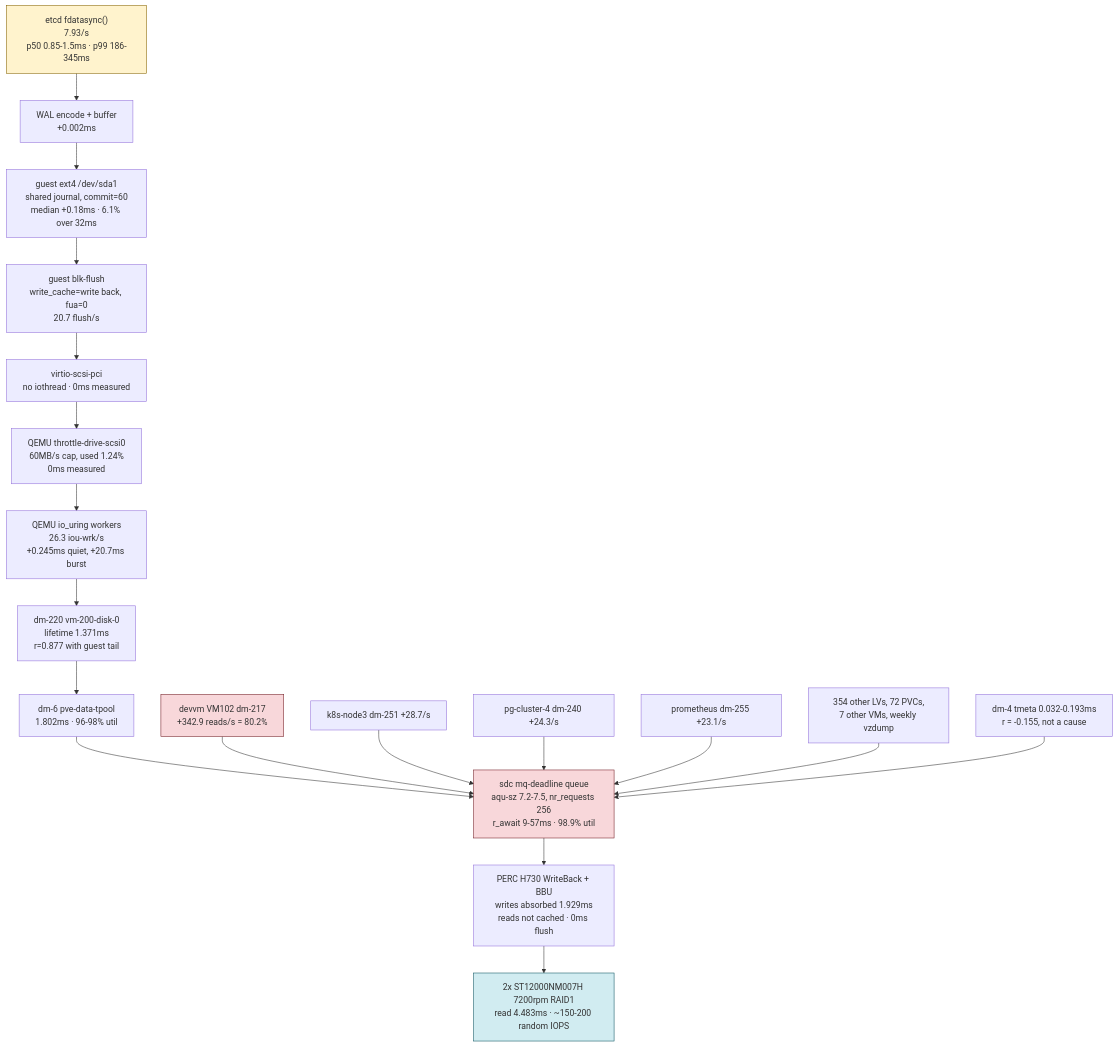
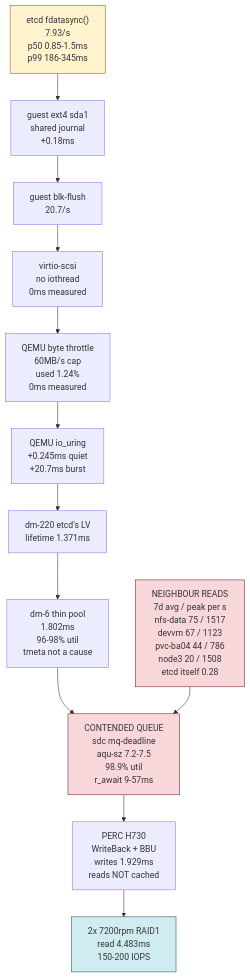
The diagram in docs/research/2026-09-06-etcd-fsync-root-cause.md (ViktorBarzin/infra), drawn with Mermaid before and after one commit. The commit also changed other lines of this file, not shown here.

First line of the commit message:
docs: tone pass on the etcd fsync research, and a diagram that fits a phone

````diff
--- a/docs/research/2026-09-06-etcd-fsync-root-cause.md
+++ b/docs/research/2026-09-06-etcd-fsync-root-cause.md
@@ -107,27 +122,21 @@
 ```mermaid
 flowchart TD
-    A["etcd fdatasync()<br/>7.93/s<br/>p50 0.85-1.5ms · p99 186-345ms"] --> B
-    B["WAL encode + buffer<br/>+0.002ms"] --> C
-    C["guest ext4 /dev/sda1<br/>shared journal, commit=60<br/>median +0.18ms · 6.1% over 32ms"] --> D
-    D["guest blk-flush<br/>write_cache=write back, fua=0<br/>20.7 flush/s"] --> E
-    E["virtio-scsi-pci<br/>no iothread · 0ms measured"] --> F
-    F["QEMU throttle-drive-scsi0<br/>60MB/s cap, used 1.24%<br/>0ms measured"] --> G
-    G["QEMU io_uring workers<br/>26.3 iou-wrk/s<br/>+0.245ms quiet, +20.7ms burst"] --> H
-    H["dm-220 vm-200-disk-0<br/>lifetime 1.371ms<br/>r=0.877 with guest tail"] --> I
-    I["dm-6 pve-data-tpool<br/>1.802ms · 96-98% util"] --> J
-    J["sdc mq-deadline queue<br/>aqu-sz 7.2-7.5, nr_requests 256<br/>r_await 9-57ms · 98.9% util"] --> K
-    K["PERC H730 WriteBack + BBU<br/>writes absorbed 1.929ms<br/>reads not cached · 0ms flush"] --> L
-    L["2x ST12000NM007H 7200rpm RAID1<br/>read 4.483ms · ~150-200 random IOPS"]
+    A["etcd fdatasync()<br/>7.93/s<br/>p50 0.85-1.5ms<br/>p99 186-345ms"] --> C
+    C["guest ext4 sda1<br/>shared journal<br/>+0.18ms"] --> D
+    D["guest blk-flush<br/>20.7/s"] --> E
+    E["virtio-scsi<br/>no iothread<br/>0ms measured"] --> F
+    F["QEMU byte throttle<br/>60MB/s cap<br/>used 1.24%<br/>0ms measured"] --> G
+    G["QEMU io_uring<br/>+0.245ms quiet<br/>+20.7ms burst"] --> H
+    H["dm-220 etcd's LV<br/>lifetime 1.371ms"] --> I
+    I["dm-6 thin pool<br/>1.802ms<br/>96-98% util<br/>tmeta not a cause"] --> J
+    J["CONTENDED QUEUE<br/>sdc mq-deadline<br/>aqu-sz 7.2-7.5<br/>98.9% util<br/>r_await 9-57ms"] --> K
+    K["PERC H730<br/>WriteBack + BBU<br/>writes 1.929ms<br/>reads NOT cached"] --> L
+    L["2x 7200rpm RAID1<br/>read 4.483ms<br/>150-200 IOPS"]
 
-    N1["devvm VM102 dm-217<br/>+342.9 reads/s = 80.2%"] --> J
-    N2["k8s-node3 dm-251 +28.7/s"] --> J
-    N3["pg-cluster-4 dm-240 +24.3/s"] --> J
-    N4["prometheus dm-255 +23.1/s"] --> J
-    N5["354 other LVs, 72 PVCs,<br/>7 other VMs, weekly vzdump"] --> J
-    N6["dm-4 tmeta 0.032-0.193ms<br/>r = -0.155, not a cause"] --> J
+    N["NEIGHBOUR READS<br/>7d avg / peak per s<br/>nfs-data 75 / 1517<br/>devvm 67 / 1123<br/>pvc-ba04 44 / 786<br/>node3 20 / 1508<br/>etcd itself 0.28"] --> J
 
     style A fill:#fff3cd,stroke:#856404
     style J fill:#f8d7da,stroke:#721c24
-    style N1 fill:#f8d7da,stroke:#721c24
+    style N fill:#f8d7da,stroke:#721c24
     style L fill:#d1ecf1,stroke:#0c5460
 ```
````
